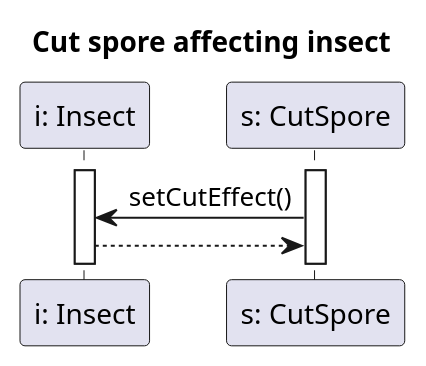
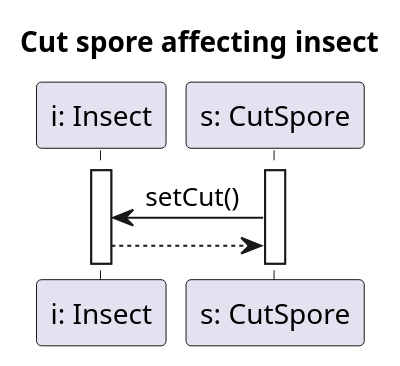
One commit to Harcipan/Projlab_nullpointerexception changed the diagram in diagrams/diagramFiles/SQ_SporeAffectsInsectWithCut.puml. Above: the diagram before and after it, drawn with PlantUML. The commit also changed 3 other files, not shown here.

```diff
--- a/diagrams/diagramFiles/SQ_SporeAffectsInsectWithCut.puml
+++ b/diagrams/diagramFiles/SQ_SporeAffectsInsectWithCut.puml
@@ -1,14 +1,14 @@
 @startuml InsectSpeedUp
 
 title Cut spore affecting insect
 
 participant "i: Insect" as I
 participant "s: CutSpore" as Sp
 
 activate I
 activate Sp
 
-Sp -> I : setCutEffect()
+Sp -> I : setCut()
 I --> Sp
 
 @enduml
```
